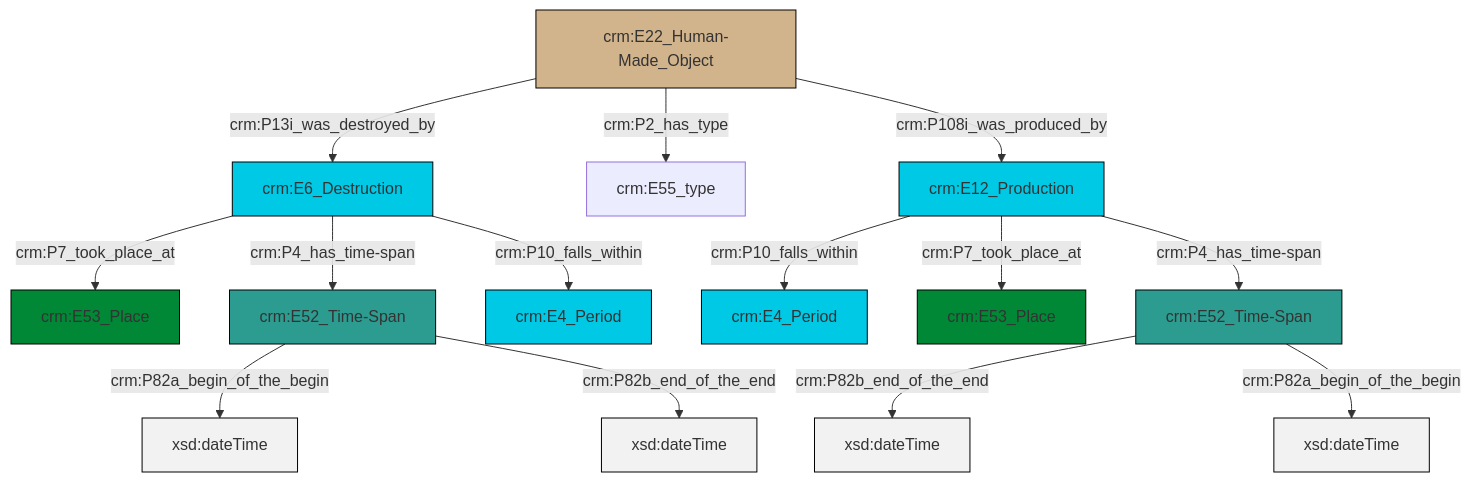
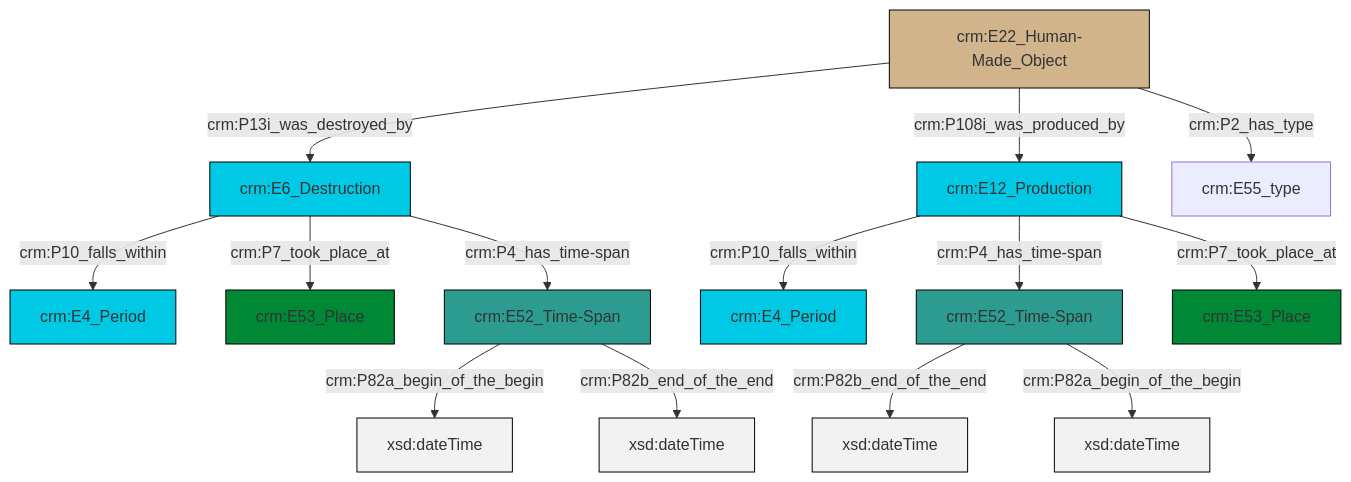
Before and after one commit to swiss-art-research-net/reference-data-models: the diagram in et/artworkCSV/ttl/mmd/Artwork_Existence.ttl.mmd, drawn with Mermaid. The commit also changed 129 other files, not shown here.

```diff
--- a/et/artworkCSV/ttl/mmd/Artwork_Existence.ttl.mmd
+++ b/et/artworkCSV/ttl/mmd/Artwork_Existence.ttl.mmd
@@ -1,28 +1,28 @@
 graph TD
 classDef Literal fill:#f2f2f2,stroke:#000000;
 classDef CRM_Entity fill:#FFFFFF,stroke:#000000;
 classDef Temporal_Entity fill:#00C9E6, stroke:#000000;
 classDef Type fill:#E18312, stroke:#000000;
 classDef Time-Span fill:#2C9C91, stroke:#000000;
 classDef Appellation fill:#FFEB7F, stroke:#000000;
 classDef Place fill:#008836, stroke:#000000;
 classDef Persistent_Item fill:#B266B2, stroke:#000000;
 classDef Conceptual_Object fill:#FFD700, stroke:#000000;
 classDef Physical_Thing fill:#D2B48C, stroke:#000000;
 classDef Actor fill:#f58aad, stroke:#000000;
 classDef PC_Classes fill:#4ce600, stroke:#000000;
 classDef Multi fill:#cccccc,stroke:#000000;
 
-0["crm:E6_Destruction"]:::Temporal_Entity -->|crm:P7_took_place_at| 1["crm:E53_Place"]:::Place
-0["crm:E6_Destruction"]:::Temporal_Entity -->|crm:P4_has_time-span| 2["crm:E52_Time-Span"]:::Time-Span
-9["crm:E12_Production"]:::Temporal_Entity -->|crm:P10_falls_within| 3["crm:E4_Period"]:::Temporal_Entity
-10["crm:E22_Human-Made_Object"]:::Physical_Thing -->|crm:P13i_was_destroyed_by| 0["crm:E6_Destruction"]:::Temporal_Entity
-5["crm:E52_Time-Span"]:::Time-Span -->|crm:P82b_end_of_the_end| 14[xsd:dateTime]:::Literal
-9["crm:E12_Production"]:::Temporal_Entity -->|crm:P7_took_place_at| 7["crm:E53_Place"]:::Place
-2["crm:E52_Time-Span"]:::Time-Span -->|crm:P82a_begin_of_the_begin| 19[xsd:dateTime]:::Literal
-2["crm:E52_Time-Span"]:::Time-Span -->|crm:P82b_end_of_the_end| 21[xsd:dateTime]:::Literal
-9["crm:E12_Production"]:::Temporal_Entity -->|crm:P4_has_time-span| 5["crm:E52_Time-Span"]:::Time-Span
-10["crm:E22_Human-Made_Object"]:::Physical_Thing -->|crm:P2_has_type| 12["crm:E55_type"]:::Default
-10["crm:E22_Human-Made_Object"]:::Physical_Thing -->|crm:P108i_was_produced_by| 9["crm:E12_Production"]:::Temporal_Entity
-5["crm:E52_Time-Span"]:::Time-Span -->|crm:P82a_begin_of_the_begin| 23[xsd:dateTime]:::Literal
-0["crm:E6_Destruction"]:::Temporal_Entity -->|crm:P10_falls_within| 17["crm:E4_Period"]:::Temporal_Entity
+0["crm:E12_Production"]:::Temporal_Entity -->|crm:P10_falls_within| 1["crm:E4_Period"]:::Temporal_Entity
+4["crm:E6_Destruction"]:::Temporal_Entity -->|crm:P10_falls_within| 2["crm:E4_Period"]:::Temporal_Entity
+7["crm:E22_Human-Made_Object"]:::Physical_Thing -->|crm:P13i_was_destroyed_by| 4["crm:E6_Destruction"]:::Temporal_Entity
+7["crm:E22_Human-Made_Object"]:::Physical_Thing -->|crm:P108i_was_produced_by| 0["crm:E12_Production"]:::Temporal_Entity
+0["crm:E12_Production"]:::Temporal_Entity -->|crm:P4_has_time-span| 8["crm:E52_Time-Span"]:::Time-Span
+4["crm:E6_Destruction"]:::Temporal_Entity -->|crm:P7_took_place_at| 10["crm:E53_Place"]:::Place
+8["crm:E52_Time-Span"]:::Time-Span -->|crm:P82b_end_of_the_end| 12[xsd:dateTime]:::Literal
+14["crm:E52_Time-Span"]:::Time-Span -->|crm:P82a_begin_of_the_begin| 15[xsd:dateTime]:::Literal
+8["crm:E52_Time-Span"]:::Time-Span -->|crm:P82a_begin_of_the_begin| 17[xsd:dateTime]:::Literal
+14["crm:E52_Time-Span"]:::Time-Span -->|crm:P82b_end_of_the_end| 20[xsd:dateTime]:::Literal
+7["crm:E22_Human-Made_Object"]:::Physical_Thing -->|crm:P2_has_type| 5["crm:E55_type"]:::Default
+4["crm:E6_Destruction"]:::Temporal_Entity -->|crm:P4_has_time-span| 14["crm:E52_Time-Span"]:::Time-Span
+0["crm:E12_Production"]:::Temporal_Entity -->|crm:P7_took_place_at| 18["crm:E53_Place"]:::Place
```
